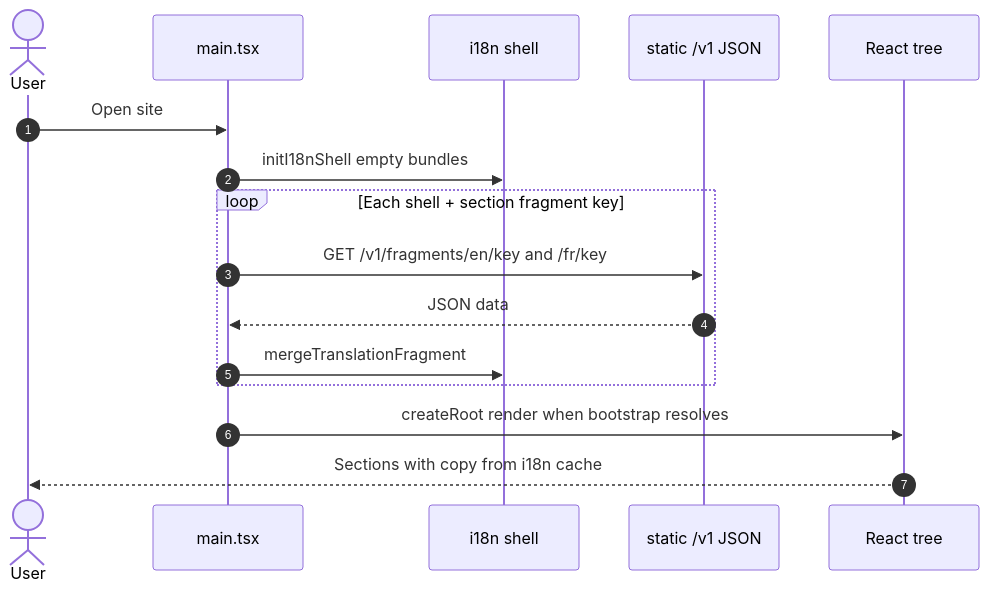
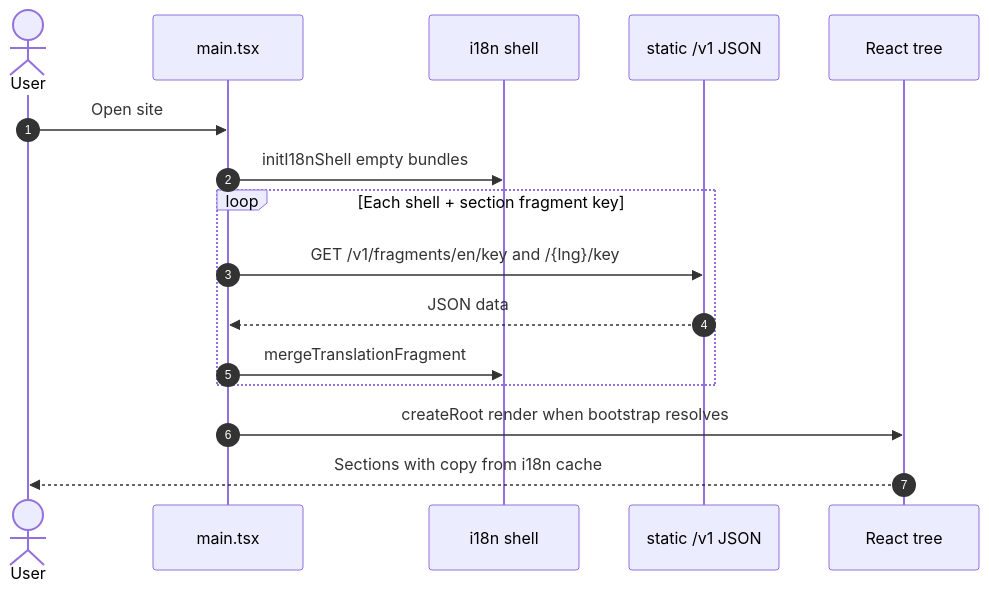
Before and after one commit to kdutta25/my-portfolio: the fifth of 5 diagrams in README.md, drawn with Mermaid. The commit also changed other lines of this file and 22 other files, not shown here.

````diff
--- a/README.md
+++ b/README.md
@@ -274,19 +276,19 @@
 ```mermaid
 sequenceDiagram
   autonumber
   actor User
   participant Main as main.tsx
   participant I18n as i18n shell
   participant Static as static /v1 JSON
   participant React as React tree
 
   User->>Main: Open site
   Main->>I18n: initI18nShell empty bundles
   loop Each shell + section fragment key
-    Main->>Static: GET /v1/fragments/en/key and /fr/key
+    Main->>Static: GET /v1/fragments/en/key and /{lng}/key
     Static-->>Main: JSON data
     Main->>I18n: mergeTranslationFragment
   end
   Main->>React: createRoot render when bootstrap resolves
   React-->>User: Sections with copy from i18n cache
 ```
````
